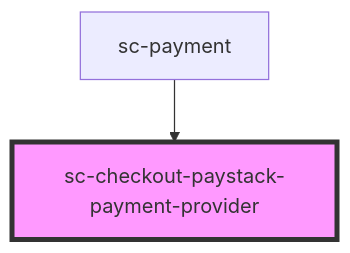
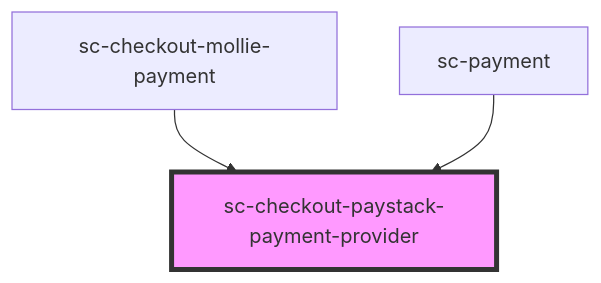
The diagram in packages/components/src/components/controllers/checkout-form/sc-checkout-paystack-payment-provider/readme.md (surecart/surecart-wp-plugin), drawn with Mermaid before and after one commit. The commit also changed other lines of this file and 7 other files, not shown here.

Commit message:
Update SureCart version to 2.24.0-beta1, add test processor, improve store checkout form, and fix payment failure issue.

````diff
--- a/packages/components/src/components/controllers/checkout-form/sc-checkout-paystack-payment-provider/readme.md
+++ b/packages/components/src/components/controllers/checkout-form/sc-checkout-paystack-payment-provider/readme.md
@@ -15,5 +16,6 @@
 ```mermaid
 graph TD;
+  sc-checkout-mollie-payment --> sc-checkout-paystack-payment-provider
   sc-payment --> sc-checkout-paystack-payment-provider
   style sc-checkout-paystack-payment-provider fill:#f9f,stroke:#333,stroke-width:4px
 ```
````
